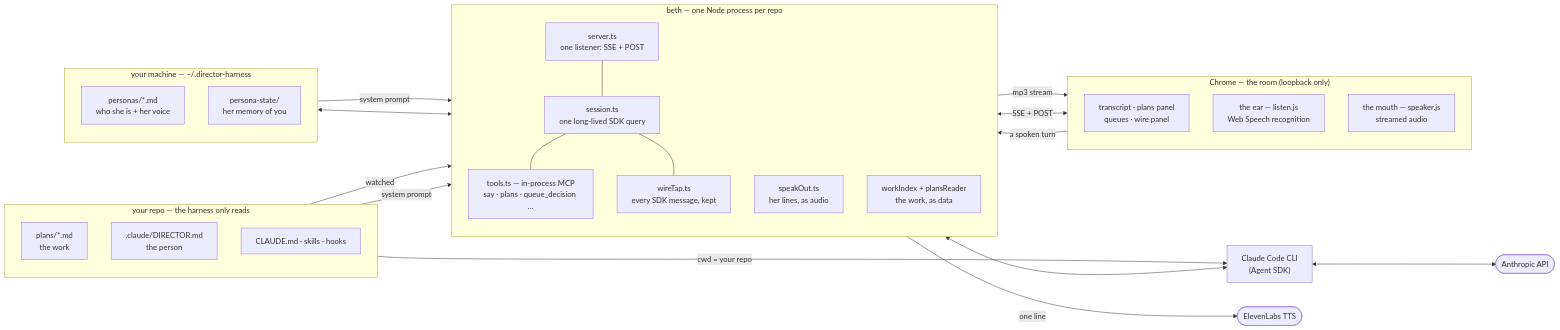
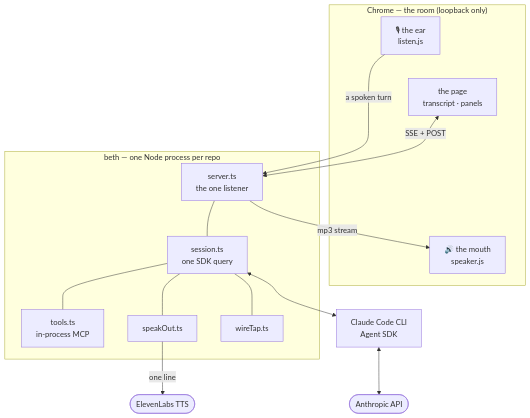
Before and after one commit to dannybrian/beth: the first of 2 diagrams in README.md, drawn with Mermaid. The commit also changed other lines of this file and 4 other files, not shown here.

````diff
--- a/README.md
+++ b/README.md
@@ -43,51 +48,32 @@
 ```mermaid
-flowchart LR
+flowchart TB
   subgraph BROWSER["Chrome — the room (loopback only)"]
-    direction TB
-    UI["transcript · plans panel<br/>queues · wire panel"]
-    EAR["the ear — listen.js<br/>Web Speech recognition"]
-    MOUTH["the mouth — speaker.js<br/>streamed audio"]
+    EAR["🎙 the ear<br/>listen.js"]
+    UI["the page<br/>transcript · panels"]
+    MOUTH["🔊 the mouth<br/>speaker.js"]
+    EAR ~~~ UI ~~~ MOUTH
   end
 
   subgraph HARNESS["beth — one Node process per repo"]
-    direction TB
-    SRV["server.ts<br/>one listener: SSE + POST"]
-    SES["session.ts<br/>one long-lived SDK query"]
-    MCP["tools.ts — in-process MCP<br/>say · plans · queue_decision …"]
-    TTS["speakOut.ts<br/>her lines, as audio"]
-    IDX["workIndex + plansReader<br/>the work, as data"]
-    TAP["wireTap.ts<br/>every SDK message, kept"]
+    SRV["server.ts<br/>the one listener"]
+    SES["session.ts<br/>one SDK query"]
+    MCP["tools.ts<br/>in-process MCP"]
+    TTS["speakOut.ts"]
+    TAP["wireTap.ts"]
+    SRV --- SES
+    SES --- MCP
+    SES --- TAP
+    SES --- TTS
   end
 
-  subgraph REPO["your repo — the harness only reads"]
-    direction TB
-    PLANS["plans/*.md<br/>the work"]
-    DIR[".claude/DIRECTOR.md<br/>the person"]
-    PROJ["CLAUDE.md · skills · hooks"]
-  end
-
-  subgraph HOME["your machine — ~/.director-harness"]
-    direction TB
-    PERS["personas/*.md<br/>who she is + her voice"]
-    MEM["persona-state/<br/>her memory of you"]
-  end
-
-  CC["Claude Code CLI<br/>(Agent SDK)"]
+  CC["Claude Code CLI<br/>Agent SDK"]
   ANTH(["Anthropic API"])
   XI(["ElevenLabs TTS"])
 
+  EAR -->|"a spoken turn"| SRV
   UI <-->|"SSE + POST"| SRV
-  EAR -->|"a spoken turn"| SRV
   SRV -->|"mp3 stream"| MOUTH
-  SRV --- SES
-  SES --- MCP
-  SES --- TAP
-  TTS -->|"one line"| XI
   SES <--> CC
   CC <--> ANTH
-  PLANS -->|"watched"| IDX
-  DIR -->|"system prompt"| SES
-  PERS -->|"system prompt"| SES
-  MEM <--> SES
-  PROJ -->|"cwd = your repo"| CC
+  TTS -->|"one line"| XI
 ```
````
